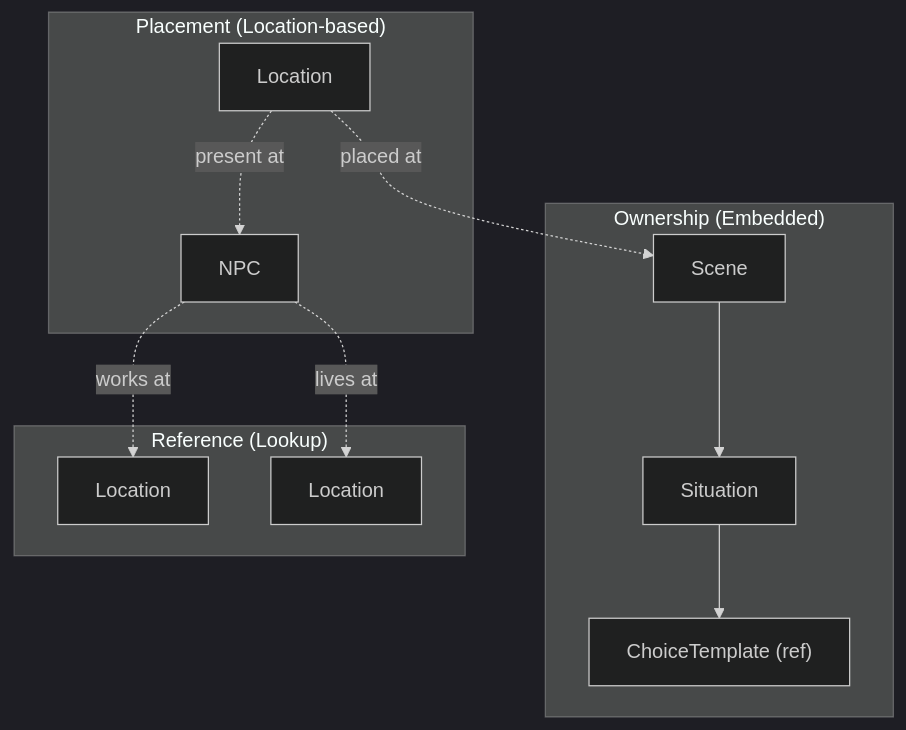
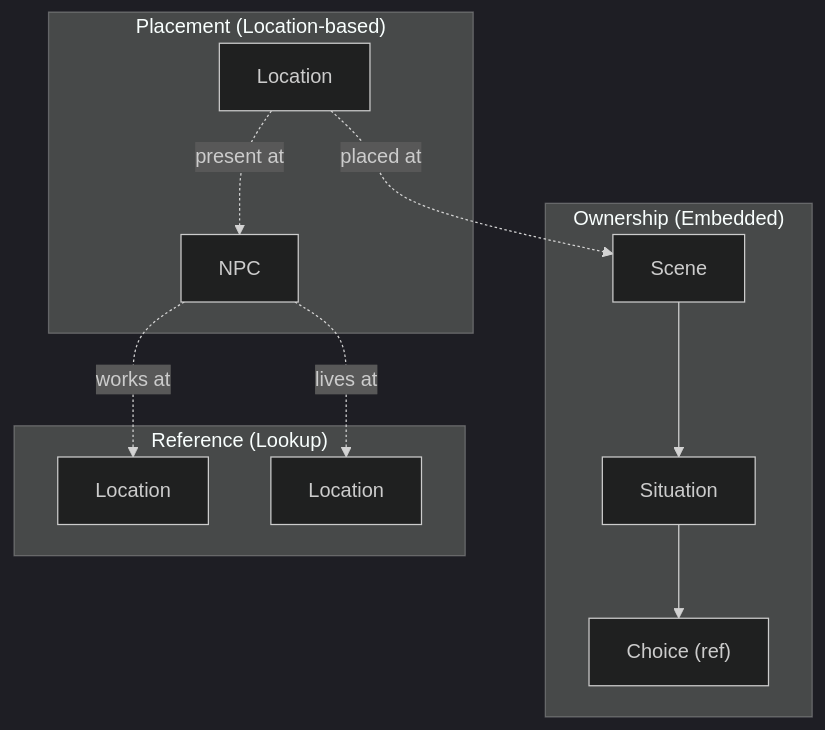
The third of 4 diagrams in arc42/08_crosscutting_concepts.md (meatz89/Wayfarer), drawn with Mermaid (dark theme) before and after one commit. The commit also changed other lines of this file and 10 other files, not shown here.

````diff
--- a/arc42/08_crosscutting_concepts.md
+++ b/arc42/08_crosscutting_concepts.md
@@ -233,17 +162,17 @@
 ```mermaid
 flowchart TB
     subgraph "Ownership (Embedded)"
         Scene --> Situation
-        Situation --> ChoiceRef["ChoiceTemplate (ref)"]
+        Situation --> Choice["Choice (ref)"]
     end
 
     subgraph "Placement (Location-based)"
         Location -.->|placed at| Scene
         Location -.->|present at| NPC
     end
 
     subgraph "Reference (Lookup)"
         NPC -.->|works at| WorkLoc[Location]
         NPC -.->|lives at| HomeLoc[Location]
     end
 ```
````
